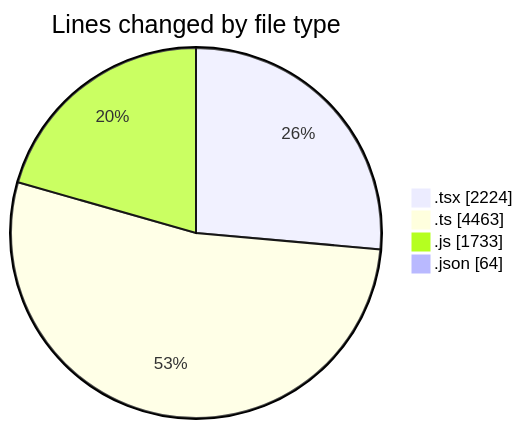
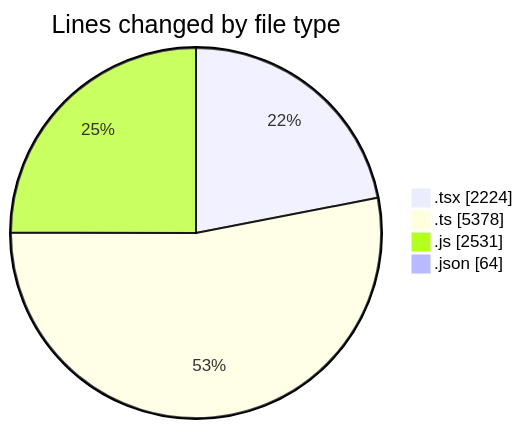
The first of 2 diagrams in 2026-07-30/cda/README.md (momahboobian/code-tracking), drawn with Mermaid before and after one commit. The commit also changed other lines of this file and 1 other file, not shown here.

````diff
--- a/2026-07-30/cda/README.md
+++ b/2026-07-30/cda/README.md
@@ -47,8 +47,8 @@
 ```mermaid
 pie showData
 title Lines changed by file type
 ".tsx" : 2224
-".ts" : 4463
-".js" : 1733
+".ts" : 5378
+".js" : 2531
 ".json" : 64
 ```
````
